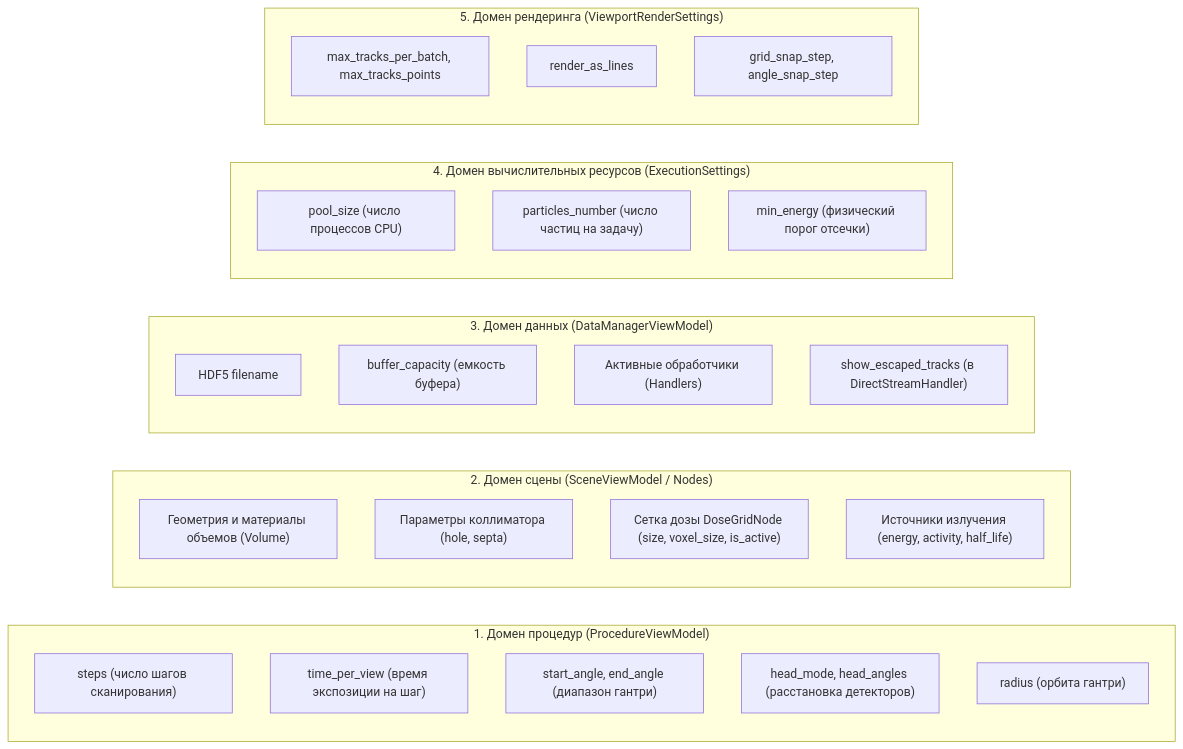
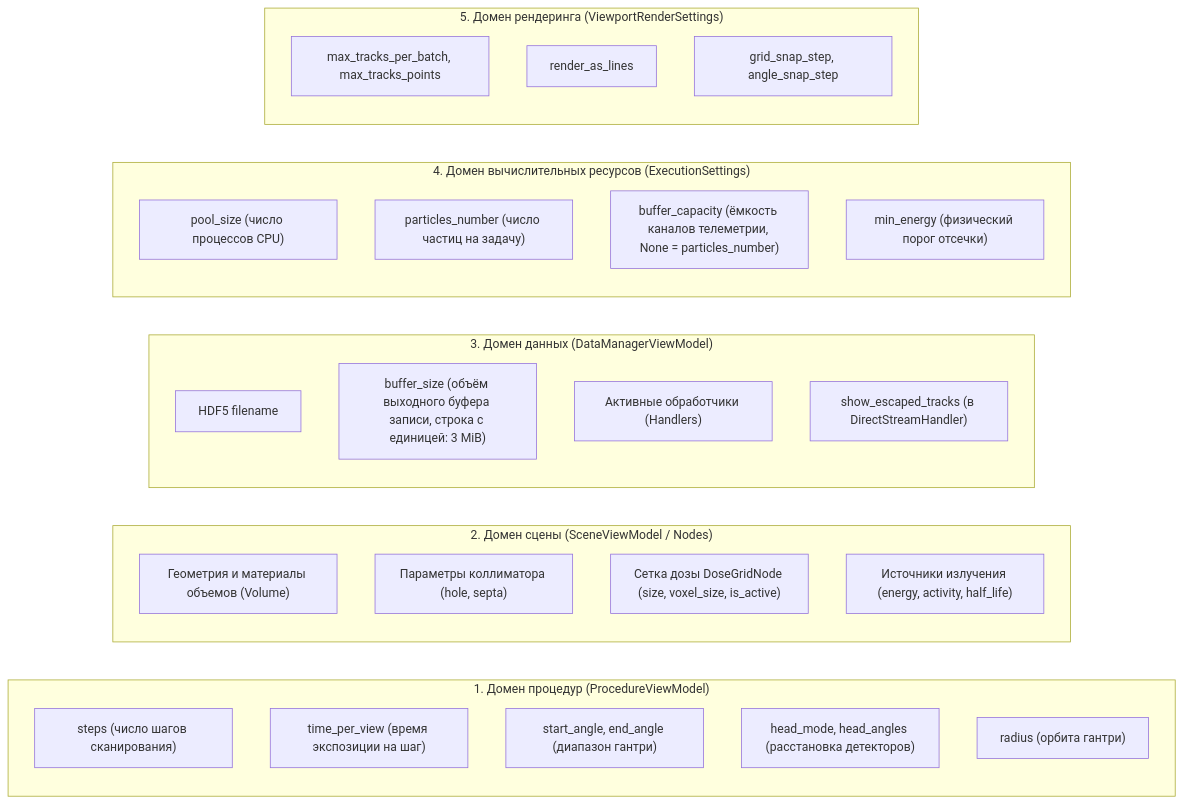
One commit to GurkoMikhail/NMSimToolkit changed the second of 5 diagrams in docs/gui_architecture.md. Above: the diagram before and after it, drawn with Mermaid. The commit also changed other lines of this file and 25 other files, not shown here.

````diff
--- a/docs/gui_architecture.md
+++ b/docs/gui_architecture.md
@@ -77,36 +77,37 @@
 ```mermaid
 flowchart LR
     subgraph D1 ["1. Домен процедур (ProcedureViewModel)"]
         P1["steps (число шагов сканирования)"]
         P2["time_per_view (время экспозиции на шаг)"]
         P3["start_angle, end_angle (диапазон гантри)"]
         P4["head_mode, head_angles (расстановка детекторов)"]
         P5["radius (орбита гантри)"]
     end
 
     subgraph D2 ["2. Домен сцены (SceneViewModel / Nodes)"]
         S1["Геометрия и материалы объемов (Volume)"]
         S2["Параметры коллиматора (hole, septa)"]
         S3["Сетка дозы DoseGridNode (size, voxel_size, is_active)"]
         S4["Источники излучения (energy, activity, half_life)"]
     end
 
     subgraph D3 ["3. Домен данных (DataManagerViewModel)"]
         M1["HDF5 filename"]
-        M2["buffer_capacity (емкость буфера)"]
+        M2["buffer_size (объём выходного буфера записи, строка с единицей: 3 MiB)"]
         M3["Активные обработчики (Handlers)"]
         M4["show_escaped_tracks (в DirectStreamHandler)"]
     end
 
     subgraph D4 ["4. Домен вычислительных ресурсов (ExecutionSettings)"]
         E1["pool_size (число процессов CPU)"]
         E2["particles_number (число частиц на задачу)"]
+        E4["buffer_capacity (ёмкость каналов телеметрии, None = particles_number)"]
         E3["min_energy (физический порог отсечки)"]
     end
 
     subgraph D5 ["5. Домен рендеринга (ViewportRenderSettings)"]
         R1["max_tracks_per_batch, max_tracks_points"]
         R2["render_as_lines"]
         R3["grid_snap_step, angle_snap_step"]
     end
 ```
````
